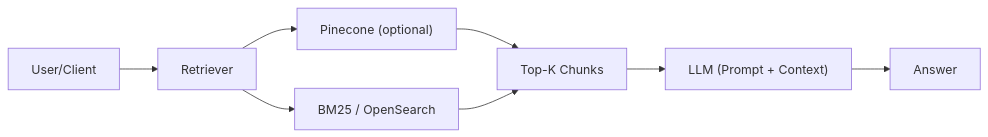
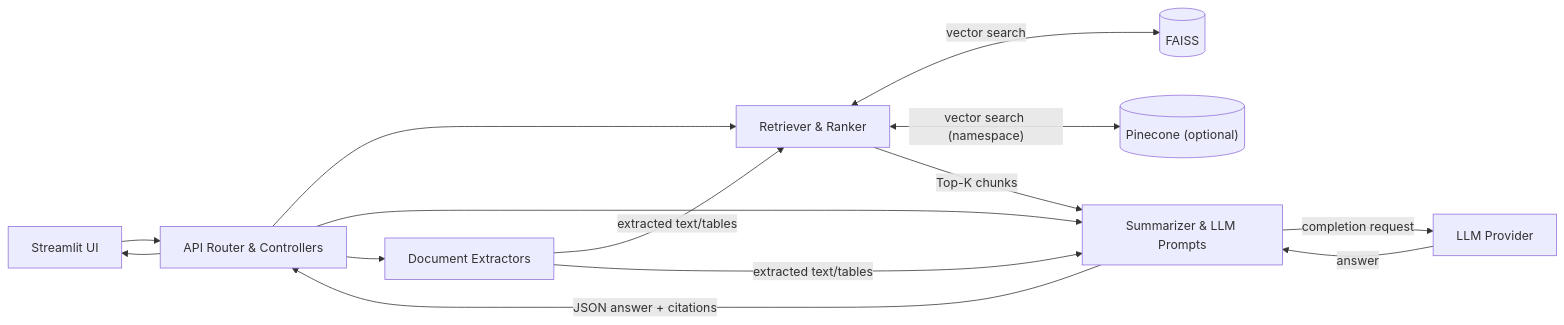
The diagram in README.md (patelyagna17/prompt-eng-final-project), drawn with Mermaid before and after one commit.

Commit message:
System Architechture is updated also check web folder there is also architechture diagram

````diff
--- a/README.md
+++ b/README.md
@@ -40,10 +40,17 @@
 ```mermaid
 flowchart LR
-  A["User/Client"] --> B["Retriever"]
-  B --> E["Pinecone (optional)"]
-  B --> F["BM25 / OpenSearch"]
-  E --> C["Top-K Chunks"]
-  F --> C
-  C --> D["LLM (Prompt + Context)"]
-  D --> G["Answer"]
+  UI["Streamlit UI"] --> API["API Router & Controllers"]
+  API --> RET["Retriever & Ranker"]
+  API --> SUM["Summarizer & LLM Prompts"]
+  API --> EXT["Document Extractors"]
+
+  RET <-->|"vector search"| FAISS[("FAISS")]
+  RET <-->|"vector search (namespace)"| PINE[("Pinecone (optional)")]
+  EXT -->|"extracted text/tables"| RET
+  EXT -->|"extracted text/tables"| SUM
+  RET -->|"Top-K chunks"| SUM
+  SUM -->|"completion request"| LLM["LLM Provider"]
+  LLM -->|"answer"| SUM
+  SUM -->|"JSON answer + citations"| API
+  API --> UI
 ```
````
